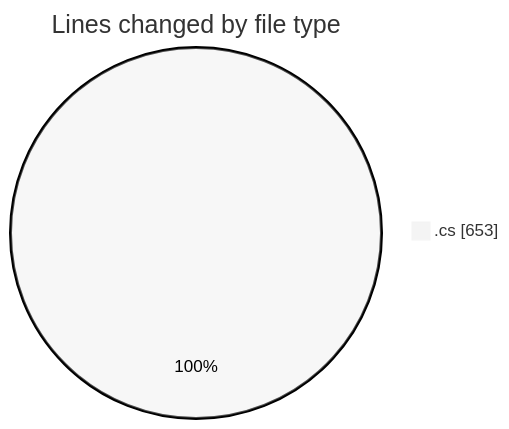
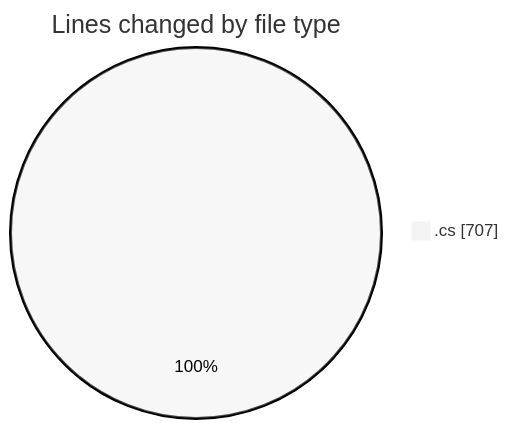
The first of 2 diagrams in 2025-04-01/back-end/README.md (Netris89/code-tracking), drawn with Mermaid (neutral theme) before and after one commit. The commit also changed other lines of this file and 1 other file, not shown here.

````diff
--- a/2025-04-01/back-end/README.md
+++ b/2025-04-01/back-end/README.md
@@ -23,5 +23,5 @@
 ```mermaid
 pie showData
 title Lines changed by file type
-".cs" : 653
+".cs" : 707
 ```
````
